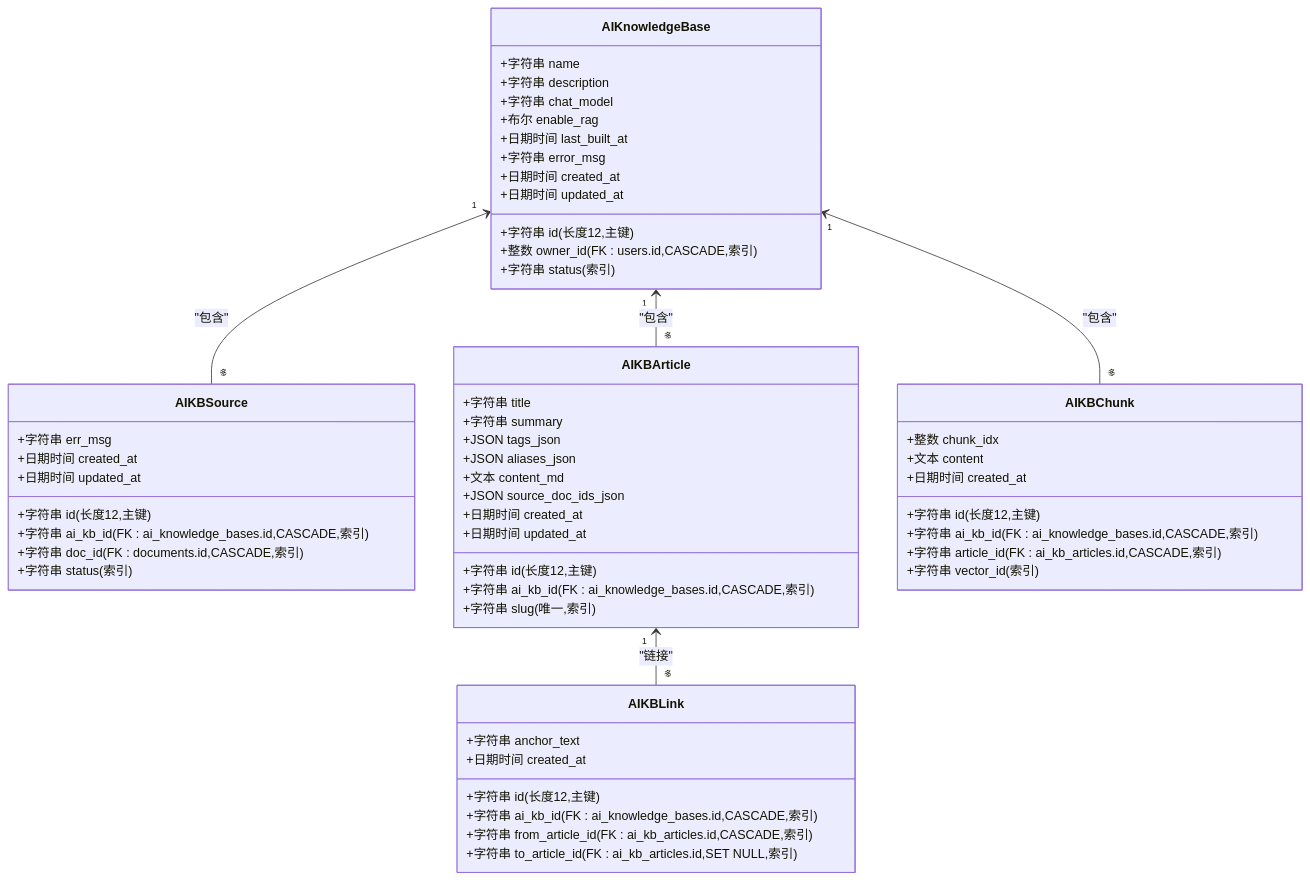
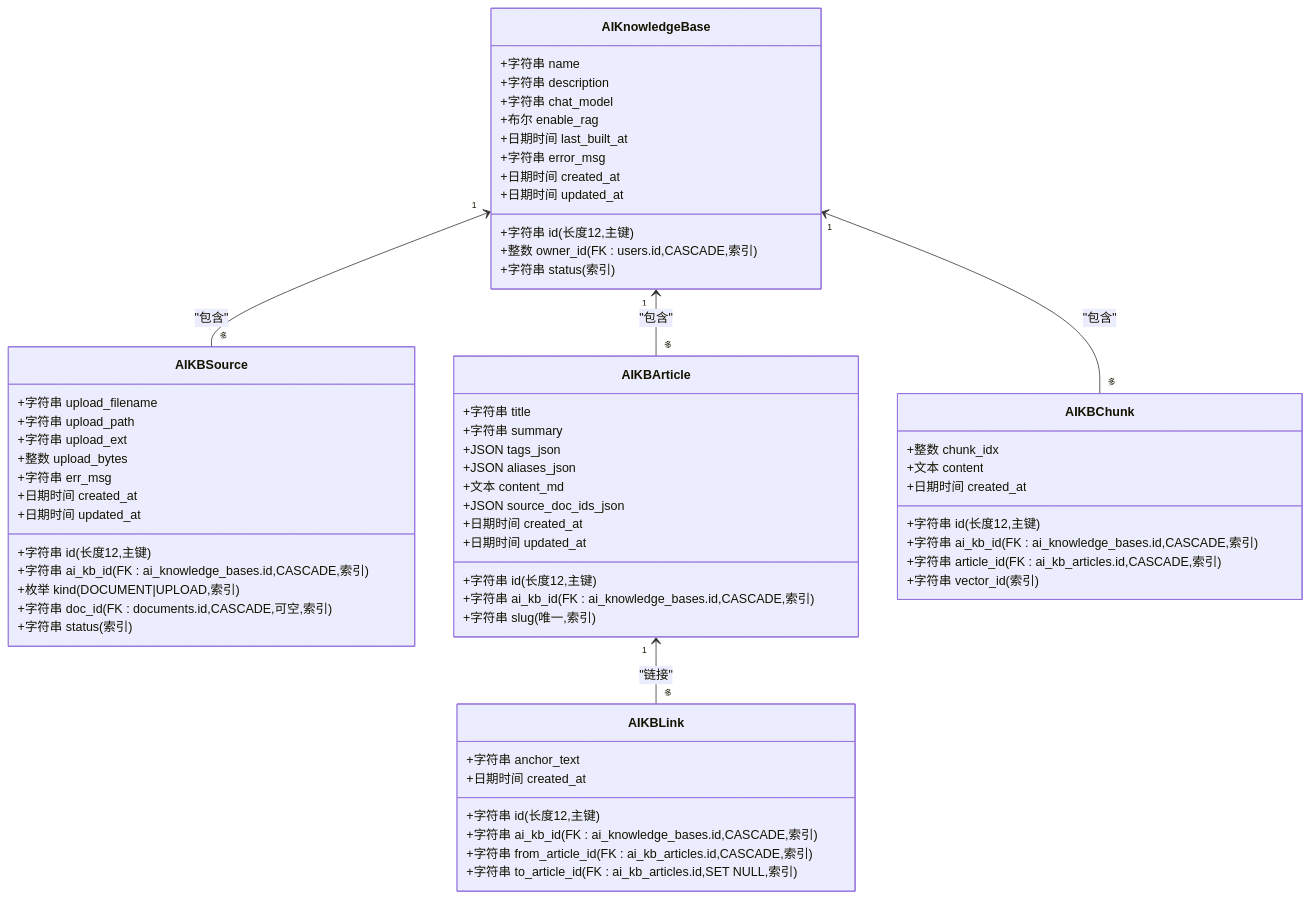
The sixth of 10 diagrams in .qoder/repowiki/zh/content/架构设计/数据持久化架构/数据持久化架构.md (beyondalbert/my_wiki), drawn with Mermaid before and after one commit. The commit also changed other lines of this file and 7 other files, not shown here.

````diff
--- a/.qoder/repowiki/zh/content/架构设计/数据持久化架构/数据持久化架构.md
+++ b/.qoder/repowiki/zh/content/架构设计/数据持久化架构/数据持久化架构.md
@@ -396,59 +434,64 @@
 ```mermaid
 classDiagram
 class AIKnowledgeBase {
 +字符串 id(长度12,主键)
 +整数 owner_id(FK : users.id,CASCADE,索引)
 +字符串 name
 +字符串 description
 +字符串 chat_model
 +布尔 enable_rag
 +字符串 status(索引)
 +日期时间 last_built_at
 +字符串 error_msg
 +日期时间 created_at
 +日期时间 updated_at
 }
 class AIKBSource {
 +字符串 id(长度12,主键)
 +字符串 ai_kb_id(FK : ai_knowledge_bases.id,CASCADE,索引)
-+字符串 doc_id(FK : documents.id,CASCADE,索引)
++枚举 kind(DOCUMENT|UPLOAD,索引)
++字符串 doc_id(FK : documents.id,CASCADE,可空,索引)
++字符串 upload_filename
++字符串 upload_path
++字符串 upload_ext
++整数 upload_bytes
 +字符串 status(索引)
 +字符串 err_msg
 +日期时间 created_at
 +日期时间 updated_at
 }
 class AIKBArticle {
 +字符串 id(长度12,主键)
 +字符串 ai_kb_id(FK : ai_knowledge_bases.id,CASCADE,索引)
 +字符串 title
 +字符串 slug(唯一,索引)
 +字符串 summary
 +JSON tags_json
 +JSON aliases_json
 +文本 content_md
 +JSON source_doc_ids_json
 +日期时间 created_at
 +日期时间 updated_at
 }
 class AIKBLink {
 +字符串 id(长度12,主键)
 +字符串 ai_kb_id(FK : ai_knowledge_bases.id,CASCADE,索引)
 +字符串 from_article_id(FK : ai_kb_articles.id,CASCADE,索引)
 +字符串 to_article_id(FK : ai_kb_articles.id,SET NULL,索引)
 +字符串 anchor_text
 +日期时间 created_at
 }
 class AIKBChunk {
 +字符串 id(长度12,主键)
 +字符串 ai_kb_id(FK : ai_knowledge_bases.id,CASCADE,索引)
 +字符串 article_id(FK : ai_kb_articles.id,CASCADE,索引)
 +整数 chunk_idx
 +文本 content
 +字符串 vector_id(索引)
 +日期时间 created_at
 }
 AIKnowledgeBase "1" <-- "多" AIKBSource : "包含"
 AIKnowledgeBase "1" <-- "多" AIKBArticle : "包含"
 AIKBArticle "1" <-- "多" AIKBLink : "链接"
 AIKnowledgeBase "1" <-- "多" AIKBChunk : "包含"
 ```
````
